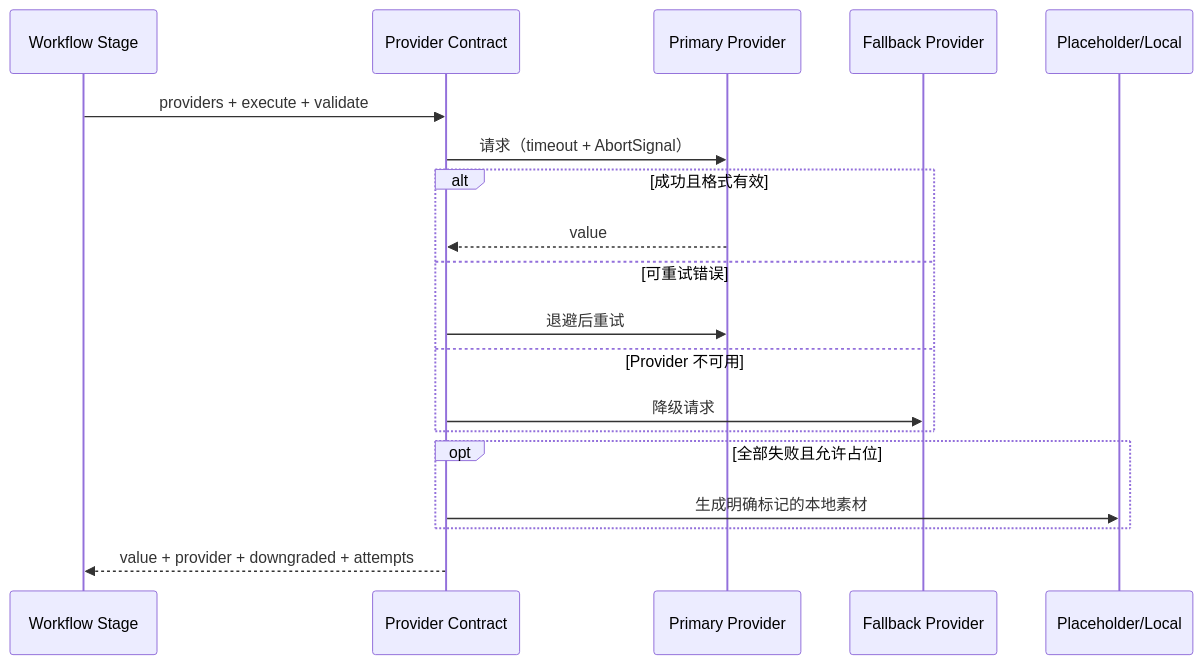
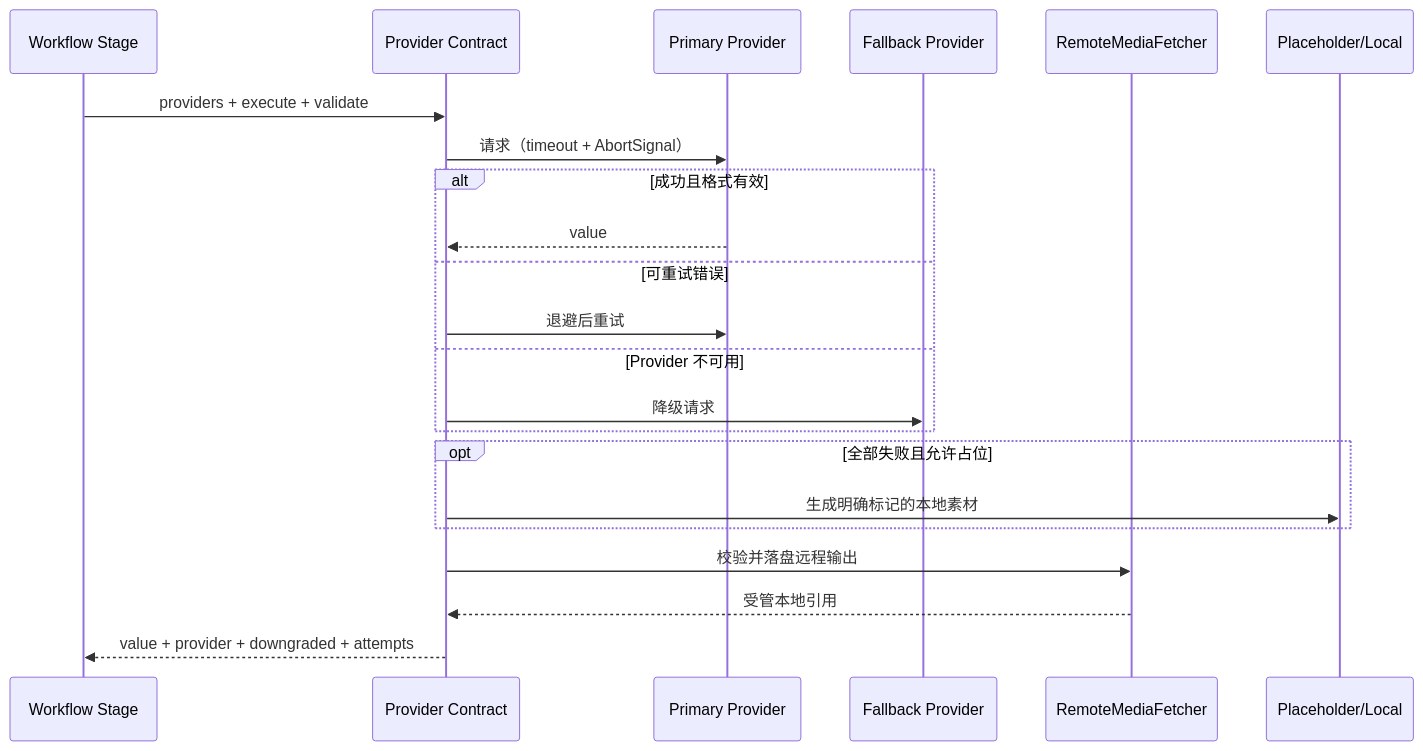
One commit to 728792899-create/aigc-video-platform changed the first of 3 diagrams in docs/provider-guide.md. Above: the diagram before and after it, drawn with Mermaid. The commit also changed other lines of this file and 318 other files, not shown here.

````diff
--- a/docs/provider-guide.md
+++ b/docs/provider-guide.md
@@ -18,22 +22,25 @@
 ```mermaid
 sequenceDiagram
   participant Stage as Workflow Stage
   participant Contract as Provider Contract
   participant P1 as Primary Provider
   participant P2 as Fallback Provider
+  participant Media as RemoteMediaFetcher
   participant Local as Placeholder/Local
 
   Stage->>Contract: providers + execute + validate
   Contract->>P1: 请求（timeout + AbortSignal）
   alt 成功且格式有效
     P1-->>Contract: value
   else 可重试错误
     Contract->>P1: 退避后重试
   else Provider 不可用
     Contract->>P2: 降级请求
   end
   opt 全部失败且允许占位
     Contract->>Local: 生成明确标记的本地素材
   end
+  Contract->>Media: 校验并落盘远程输出
+  Media-->>Contract: 受管本地引用
   Contract-->>Stage: value + provider + downgraded + attempts
 ```
````
